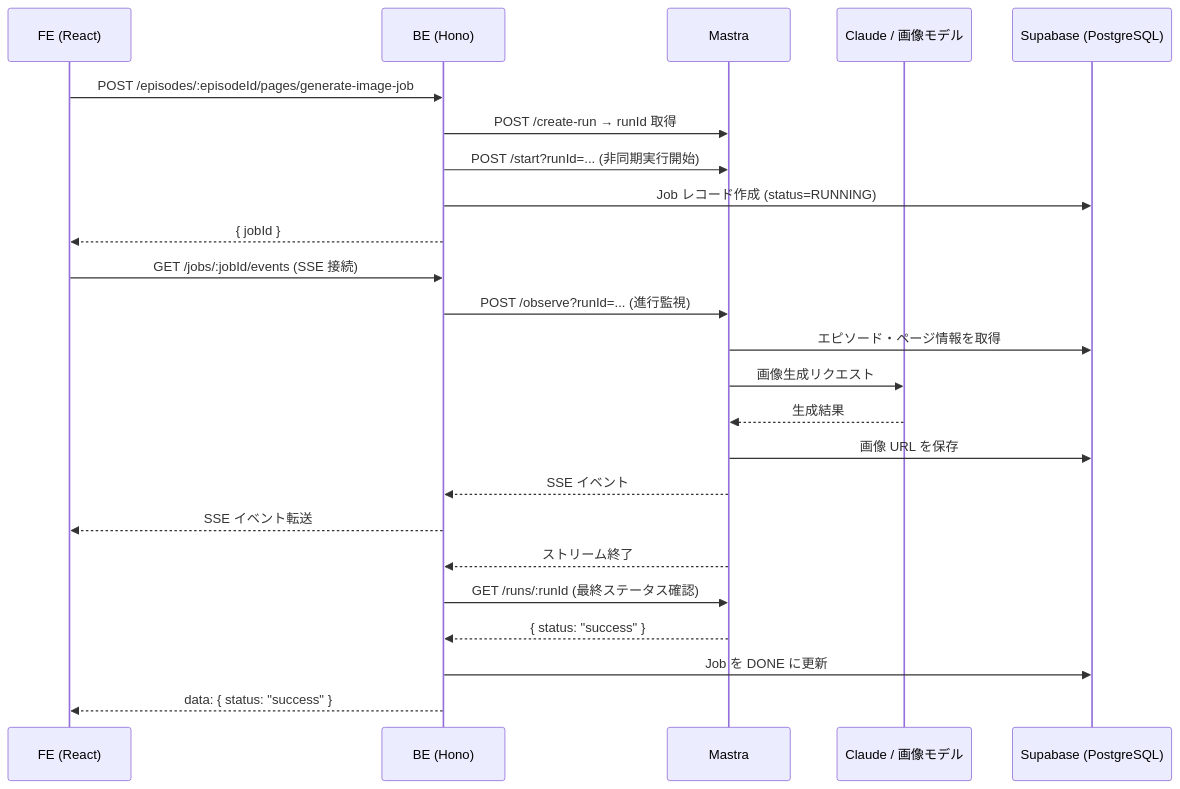
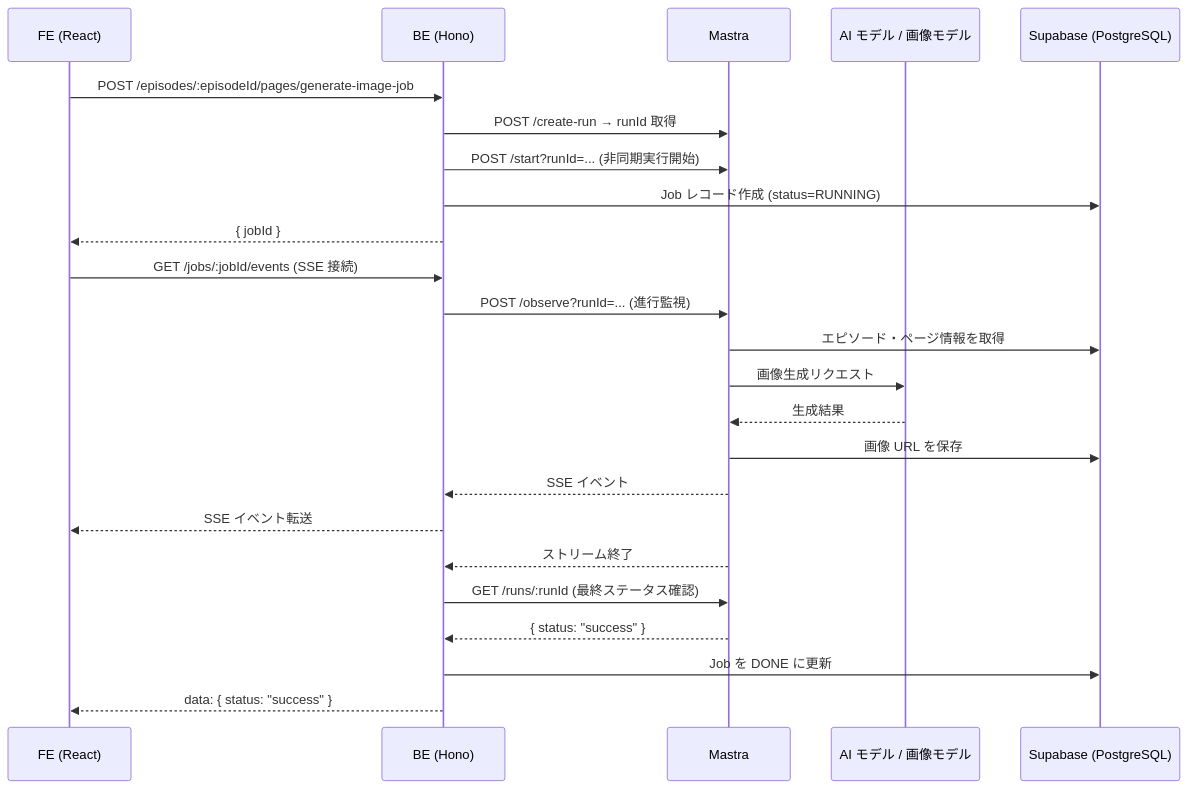
One commit to omnivore4lancer/oregatari-be-pub changed the third of 3 diagrams in README.md. Above: the diagram before and after it, drawn with Mermaid. The commit also changed other lines of this file, not shown here.

````diff
--- a/README.md
+++ b/README.md
@@ -185,28 +185,28 @@
 ```mermaid
 sequenceDiagram
     participant FE as FE (React)
     participant BE as BE (Hono)
     participant MA as Mastra
-    participant AI as Claude / 画像モデル
+    participant AI as AI モデル / 画像モデル
     participant DB as Supabase (PostgreSQL)
 
     FE->>BE: POST /episodes/:episodeId/pages/generate-image-job
     BE->>MA: POST /create-run  →  runId 取得
     BE->>MA: POST /start?runId=... (非同期実行開始)
     BE->>DB: Job レコード作成 (status=RUNNING)
     BE-->>FE: { jobId }
 
     FE->>BE: GET /jobs/:jobId/events (SSE 接続)
     BE->>MA: POST /observe?runId=... (進行監視)
     MA->>DB: エピソード・ページ情報を取得
     MA->>AI: 画像生成リクエスト
     AI-->>MA: 生成結果
     MA->>DB: 画像 URL を保存
     MA-->>BE: SSE イベント
     BE-->>FE: SSE イベント転送
     MA-->>BE: ストリーム終了
     BE->>MA: GET /runs/:runId (最終ステータス確認)
     MA-->>BE: { status: "success" }
     BE->>DB: Job を DONE に更新
     BE-->>FE: data: { status: "success" }
 ```
````
